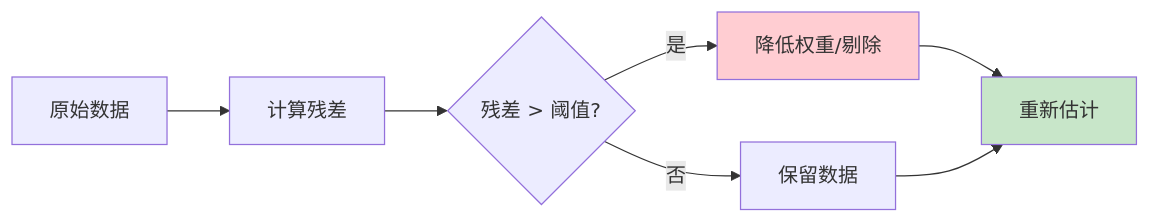
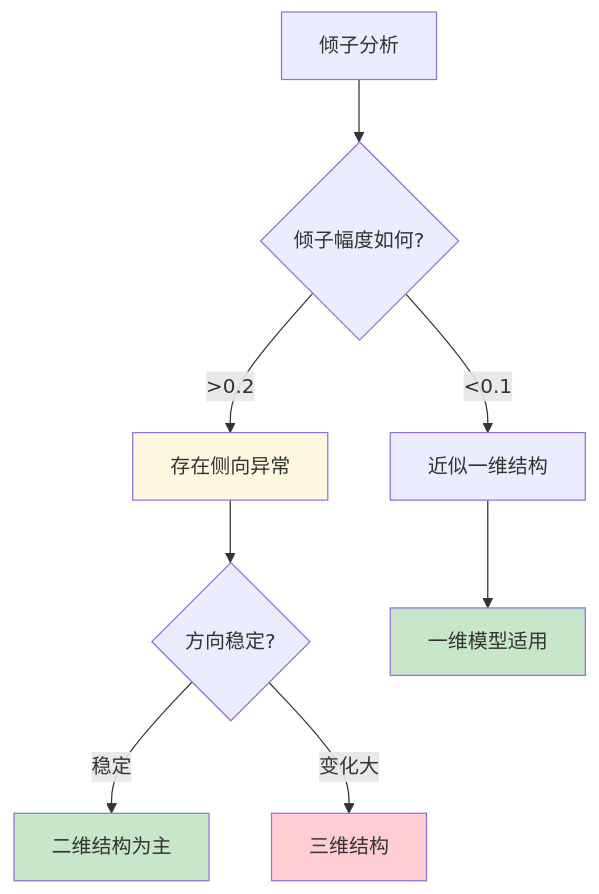
One commit to EMWPJ/MTDataPro-docs changed the ninth of 12 diagrams in source/chapters/chapter5.md. Above: the diagram before and after it, drawn with Mermaid. The commit also changed other lines of this file and 2 other files, not shown here.

````diff
--- a/source/chapters/chapter5.md
+++ b/source/chapters/chapter5.md
@@ -920,12 +1027,15 @@
 ```mermaid
-graph LR
-    A[原始数据] --> B[计算残差]
-    B --> C{残差 > 阈值?}
-    C -->|是| D[降低权重/剔除]
-    C -->|否| E[保留数据]
-    D --> F[重新估计]
-    E --> F
+graph TB
+    A[倾子分析] --> B{倾子幅度如何?}
+    B -->|>0.2| C[存在侧向异常]
+    B -->|<0.1| D[近似一维结构]
+    C --> E{方向稳定?}
+    E -->|稳定| F[二维结构为主]
+    E -->|变化大| G[三维结构]
+    D --> H[一维模型适用]
     
-    style D fill:#ffcdd2
+    style C fill:#fff8e1
     style F fill:#c8e6c9
+    style G fill:#ffcdd2
+    style H fill:#c8e6c9
 ```
````
